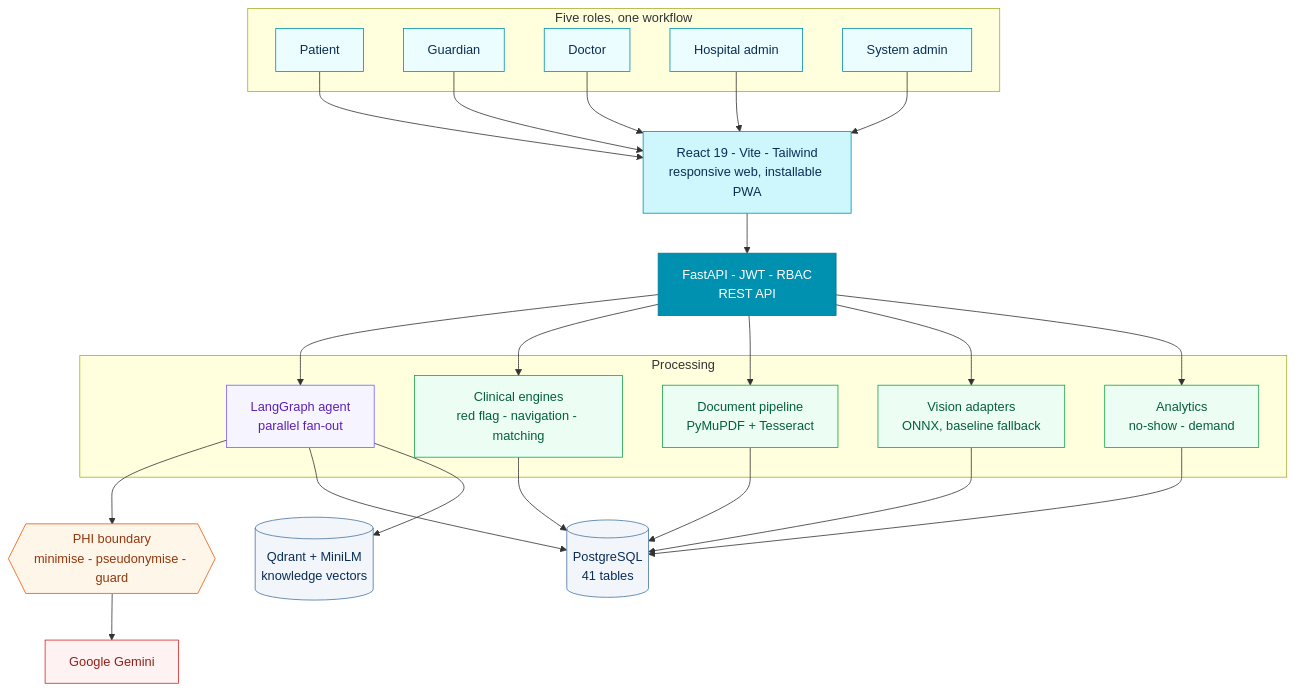
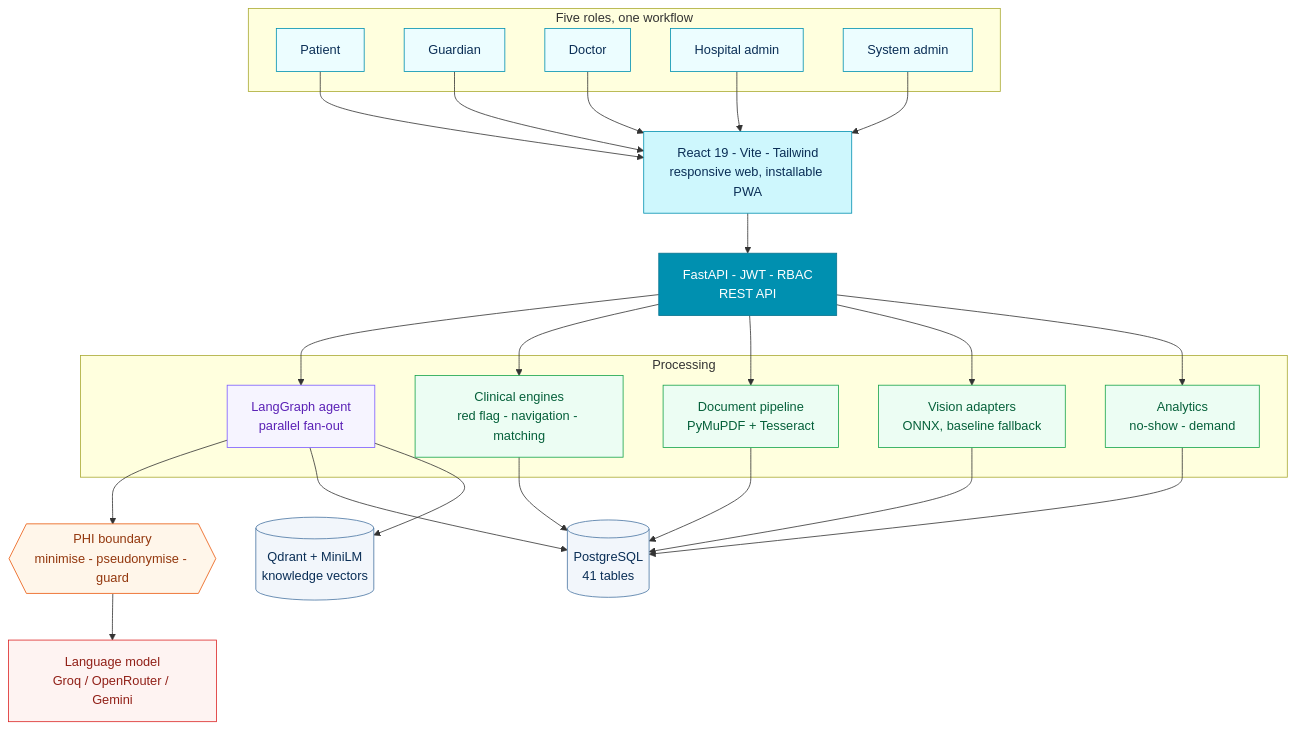
Before and after one commit to Pasidu-Mihiranga/SuwaPath: the second of 5 diagrams in README.md, drawn with Mermaid. The commit also changed other lines of this file and 1 other file, not shown here.

Commit message:
docs: cross-platform setup, mermaid diagrams, provider and privacy sections

````diff
--- a/README.md
+++ b/README.md
@@ -165,56 +189,56 @@
 ```mermaid
 flowchart TB
     subgraph clients["Five roles, one workflow"]
         P["Patient"]:::role
         G["Guardian"]:::role
         D["Doctor"]:::role
         H["Hospital admin"]:::role
         S["System admin"]:::role
     end
 
     UI["React 19 - Vite - Tailwind<br/>responsive web, installable PWA"]:::ui
     API["FastAPI - JWT - RBAC<br/>REST API"]:::api
 
     subgraph brains["Processing"]
         AG["LangGraph agent<br/>parallel fan-out"]:::ai
         CE["Clinical engines<br/>red flag - navigation - matching"]:::det
         DOC["Document pipeline<br/>PyMuPDF + Tesseract"]:::det
         CV["Vision adapters<br/>ONNX, baseline fallback"]:::det
         AN["Analytics<br/>no-show - demand"]:::det
     end
 
     PHI{{"PHI boundary<br/>minimise - pseudonymise - guard"}}:::guard
-    LLM["Google Gemini"]:::ext
+    LLM["Language model<br/>Groq / OpenRouter / Gemini"]:::ext
 
     PG[("PostgreSQL<br/>41 tables")]:::store
     QD[("Qdrant + MiniLM<br/>knowledge vectors")]:::store
 
     P --> UI
     G --> UI
     D --> UI
     H --> UI
     S --> UI
     UI --> API
     API --> AG
     API --> CE
     API --> DOC
     API --> CV
     API --> AN
     AG --> PHI
     PHI --> LLM
     CE --> PG
     DOC --> PG
     CV --> PG
     AN --> PG
     AG --> PG
     AG --> QD
 
     classDef role fill:#ecfdff,stroke:#0090b0,color:#0a2e56
     classDef ui fill:#cef7fd,stroke:#0090b0,color:#0a2e56
     classDef api fill:#0090b0,stroke:#0a7490,color:#ffffff
     classDef ai fill:#f6f4ff,stroke:#7c5cff,color:#5b21b6
     classDef det fill:#ecfdf3,stroke:#16a34a,color:#05603a
     classDef guard fill:#fff6ea,stroke:#ea580c,color:#93370d
     classDef ext fill:#fef3f2,stroke:#dc2626,color:#912018
     classDef store fill:#f2f6fb,stroke:#4a75a3,color:#0a2e56
 ```
````
